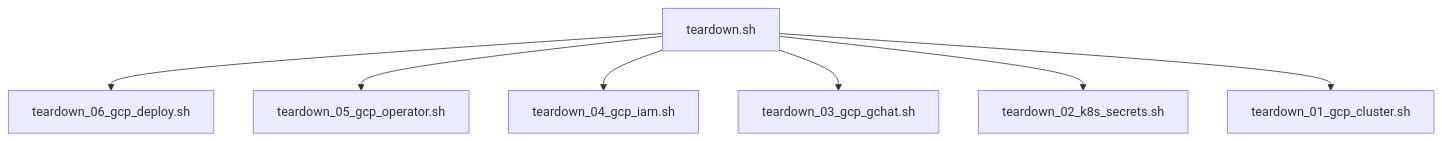
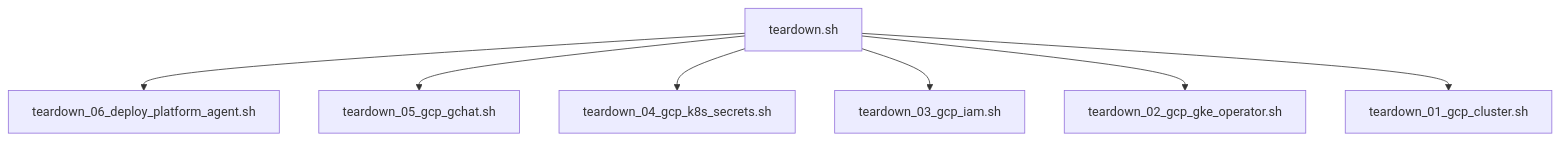
One commit to gke-labs/kube-agents changed the second of 2 diagrams in k8s-operator/README.md. Above: the diagram before and after it, drawn with Mermaid. The commit also changed other lines of this file and 20 other files, not shown here.

````diff
--- a/k8s-operator/README.md
+++ b/k8s-operator/README.md
@@ -99,9 +100,9 @@
 ```mermaid
 graph TD
-    A[teardown.sh] --> B[teardown_06_gcp_deploy.sh]
-    A --> C[teardown_05_gcp_operator.sh]
-    A --> D[teardown_04_gcp_iam.sh]
-    A --> E[teardown_03_gcp_gchat.sh]
-    A --> F[teardown_02_k8s_secrets.sh]
+    A[teardown.sh] --> B[teardown_06_deploy_platform_agent.sh]
+    A --> C[teardown_05_gcp_gchat.sh]
+    A --> D[teardown_04_gcp_k8s_secrets.sh]
+    A --> E[teardown_03_gcp_iam.sh]
+    A --> F[teardown_02_gcp_gke_operator.sh]
     A --> G[teardown_01_gcp_cluster.sh]
 ```
````
